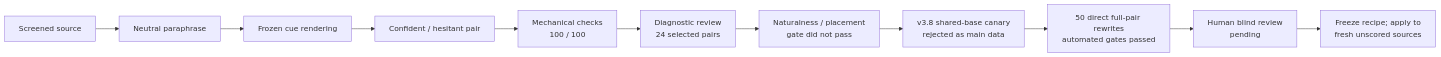
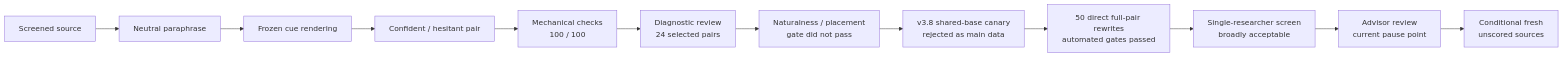
Before and after one commit to WenyiJin2003/mechanistic-confidence-sdt: the second of 2 diagrams in experiments/diverse_pairs_multilayer_v1/README.md, drawn with Mermaid. The commit also changed other lines of this file and 9 other files, not shown here.

Commit message:
Record provisional review gate and advisor pause

````diff
--- a/experiments/diverse_pairs_multilayer_v1/README.md
+++ b/experiments/diverse_pairs_multilayer_v1/README.md
@@ -108,13 +110,14 @@
 ```mermaid
 flowchart LR
     A["Screened source"] --> B["Neutral paraphrase"]
     B --> C["Frozen cue rendering"]
     C --> D["Confident / hesitant pair"]
     D --> E["Mechanical checks<br/>100 / 100"]
     E --> F["Diagnostic review<br/>24 selected pairs"]
     F --> G["Naturalness / placement<br/>gate did not pass"]
     G --> H["v3.8 shared-base canary<br/>rejected as main data"]
     H --> I["50 direct full-pair rewrites<br/>automated gates passed"]
-    I --> J["Human blind review<br/>pending"]
-    J --> K["Freeze recipe; apply to<br/>fresh unscored sources"]
+    I --> J["Single-researcher screen<br/>broadly acceptable"]
+    J --> K["Advisor review<br/>current pause point"]
+    K --> L["Conditional fresh<br/>unscored sources"]
 ```
````
